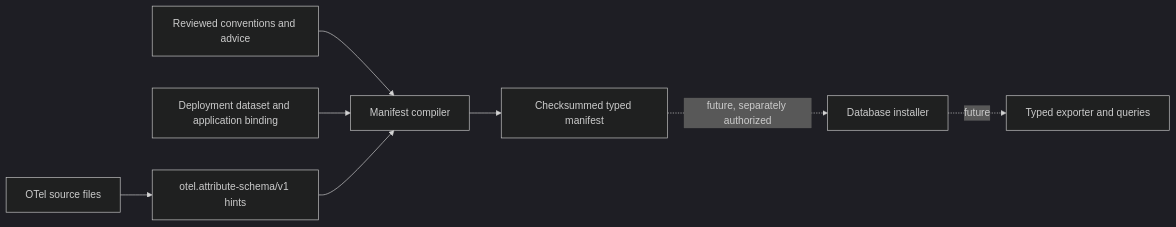
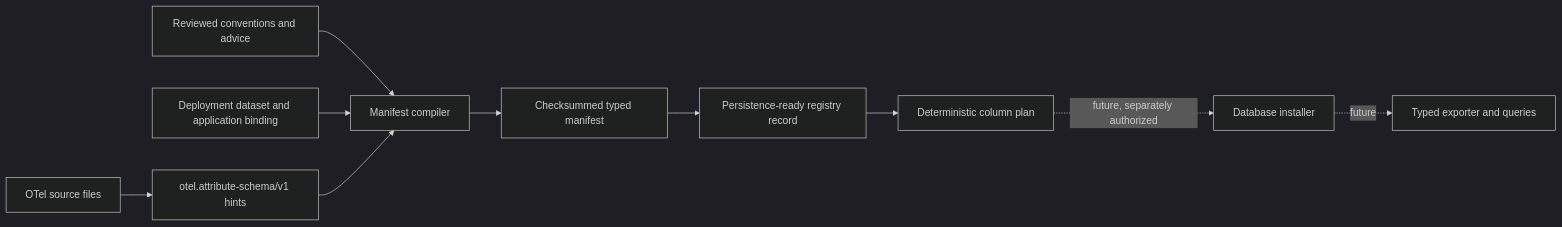
One commit to chucklehead-dev/jolt-otel-clickhouse changed the diagram in docs/typed-attributes.md. Above: the diagram before and after it, drawn with Mermaid (dark theme). The commit also changed other lines of this file and 7 other files, not shown here.

First line of the commit message:
feat(schema): plan typed attribute registry lifecycle (#13)

````diff
--- a/docs/typed-attributes.md
+++ b/docs/typed-attributes.md
@@ -12,10 +13,12 @@
 ```mermaid
 flowchart LR
     A[OTel source files] --> B[otel.attribute-schema/v1 hints]
     C[Reviewed conventions and advice] --> D[Manifest compiler]
     E[Deployment dataset and application binding] --> D
     B --> D
     D --> F[Checksummed typed manifest]
-    F -. future, separately authorized .-> G[Database installer]
-    G -. future .-> H[Typed exporter and queries]
+    F --> G[Persistence-ready registry record]
+    G --> H[Deterministic column plan]
+    H -. future, separately authorized .-> I[Database installer]
+    I -. future .-> J[Typed exporter and queries]
 ```
````
